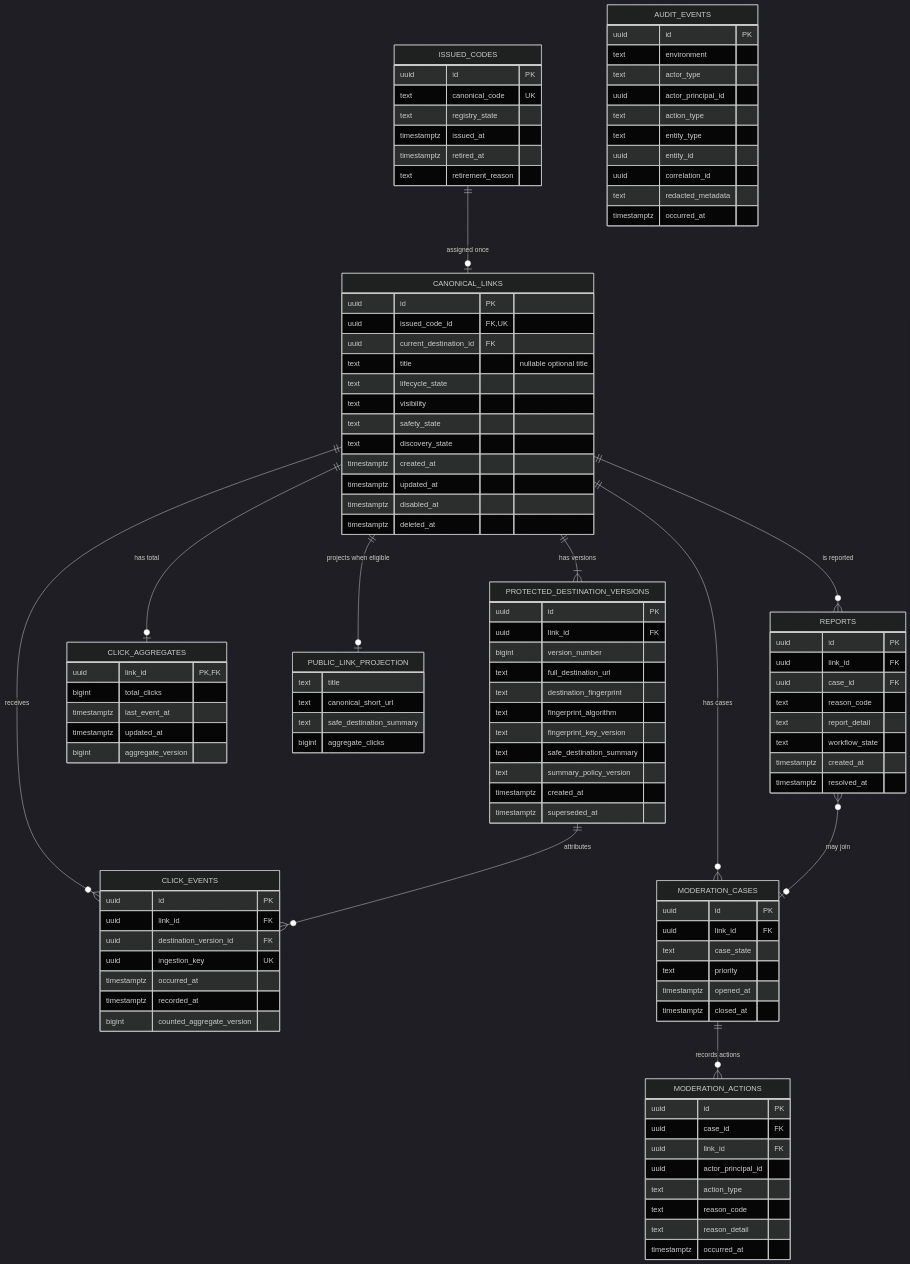
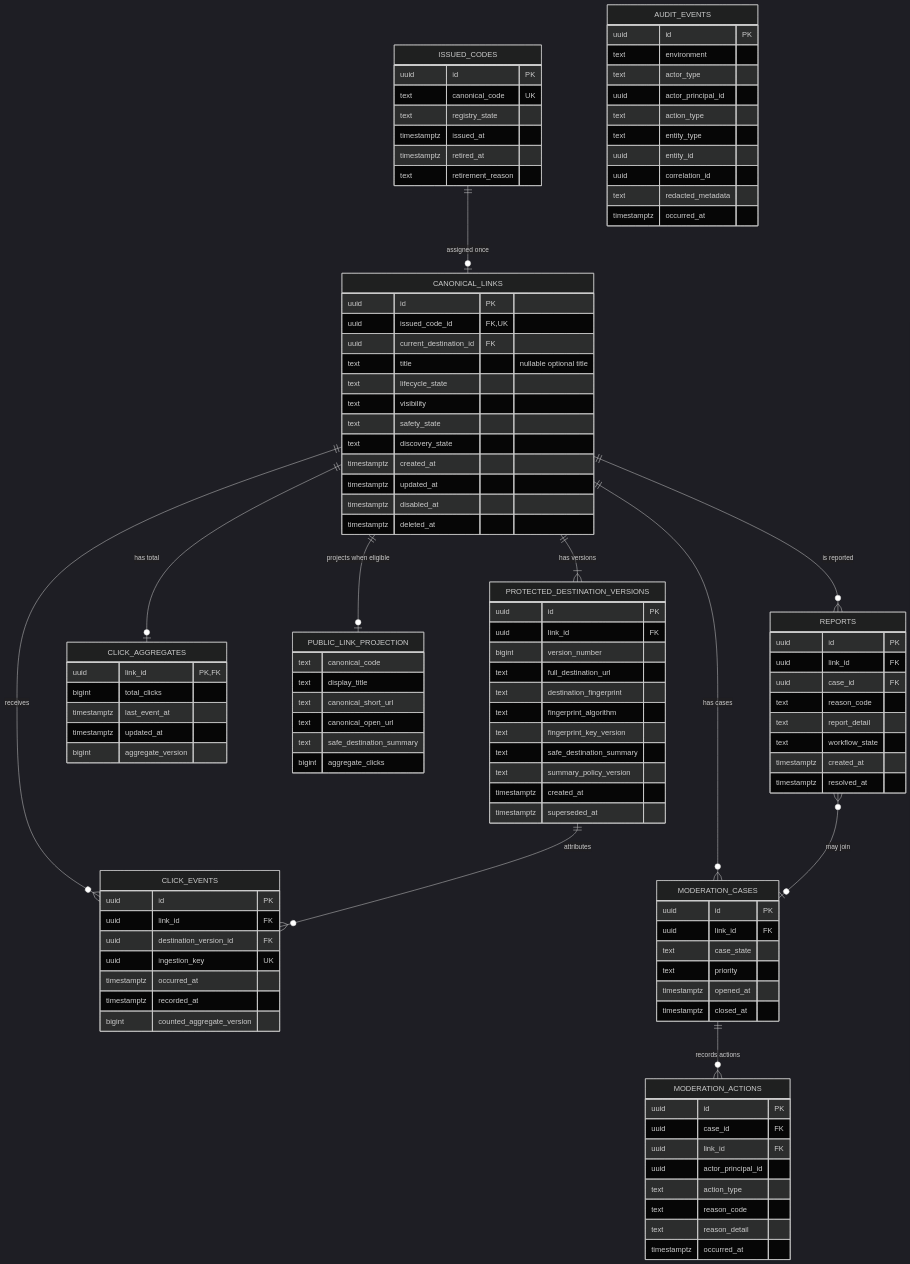
The diagram in docs/architecture/r1-database-schema.md (kwanchanal/op4n), drawn with Mermaid (dark theme) before and after one commit. The commit also changed other lines of this file and 6 other files, not shown here.

```diff
--- a/docs/architecture/r1-database-schema.md
+++ b/docs/architecture/r1-database-schema.md
@@ -75,8 +76,10 @@
     }
 
     PUBLIC_LINK_PROJECTION {
-        text title
+        text canonical_code
+        text display_title
         text canonical_short_url
+        text canonical_open_url
         text safe_destination_summary
         bigint aggregate_clicks
     }
```
